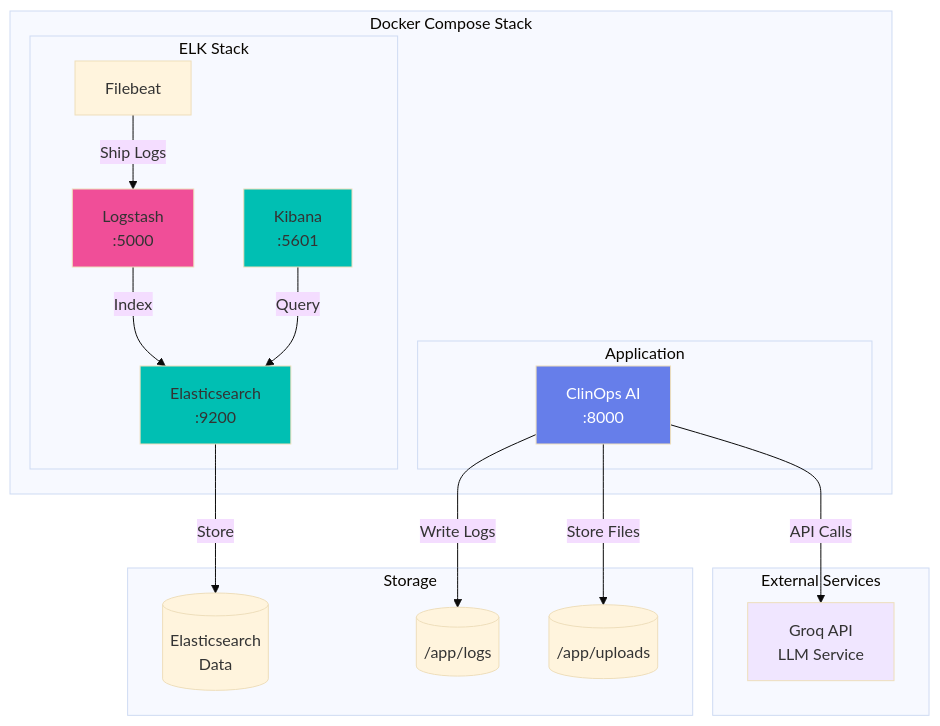
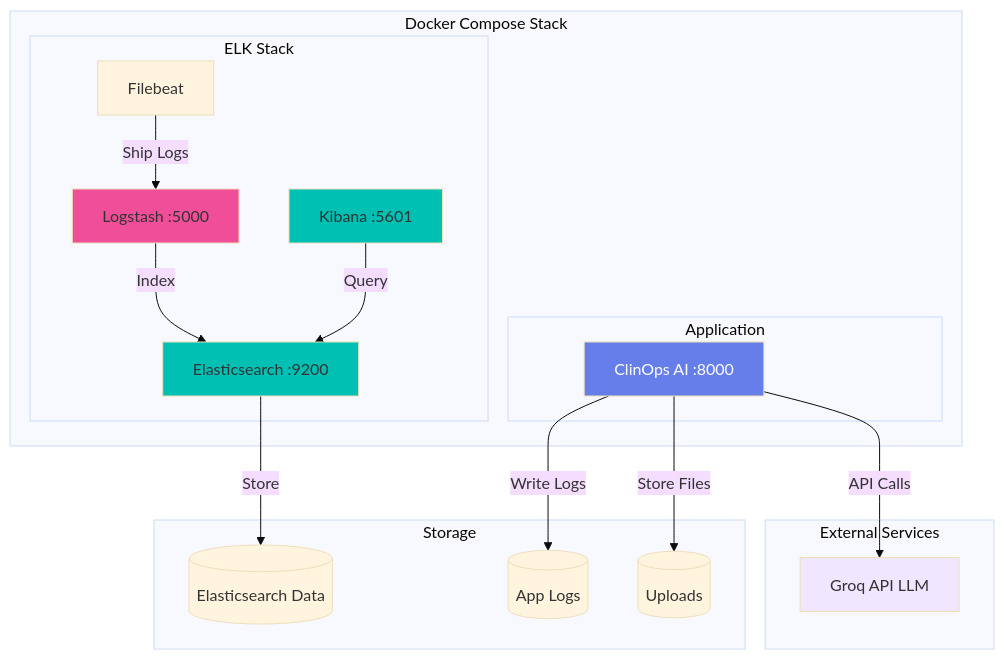
The fourth of 4 diagrams in README.md (achuajays/ClinOpsAI), drawn with Mermaid (base theme) before and after one commit. The commit also changed other lines of this file, not shown here.

Commit message:
docs: improve readability of Mermaid diagrams by simplifying labels and adding subgraph aliases.

````diff
--- a/README.md
+++ b/README.md
@@ -437,39 +437,39 @@
 ```mermaid
 graph TB
-    subgraph "Docker Compose Stack"
-        subgraph "Application"
-            A[ClinOps AI<br/>:8000]
+    subgraph STACK[Docker Compose Stack]
+        subgraph APP[Application]
+            A[ClinOps AI :8000]
         end
         
-        subgraph "ELK Stack"
-            B[Elasticsearch<br/>:9200]
-            C[Logstash<br/>:5000]
-            D[Kibana<br/>:5601]
+        subgraph ELK[ELK Stack]
+            B[Elasticsearch :9200]
+            C[Logstash :5000]
+            D[Kibana :5601]
             E[Filebeat]
         end
     end
     
-    subgraph "External Services"
-        F[Groq API<br/>LLM Service]
+    subgraph EXT[External Services]
+        F[Groq API LLM]
     end
     
-    subgraph "Storage"
-        G[(Elasticsearch<br/>Data)]
-        H[(/app/logs)]
-        I[(/app/uploads)]
+    subgraph STOR[Storage]
+        G[(Elasticsearch Data)]
+        H[(App Logs)]
+        I[(Uploads)]
     end
     
     A -->|API Calls| F
     A -->|Write Logs| H
     E -->|Ship Logs| C
     C -->|Index| B
     B -->|Store| G
     D -->|Query| B
     A -->|Store Files| I
     
     style A fill:#667eea,color:#fff
     style B fill:#00bfb3
     style C fill:#f04e98
     style D fill:#00bfb3
     style F fill:#f0e6ff
 ```
````
